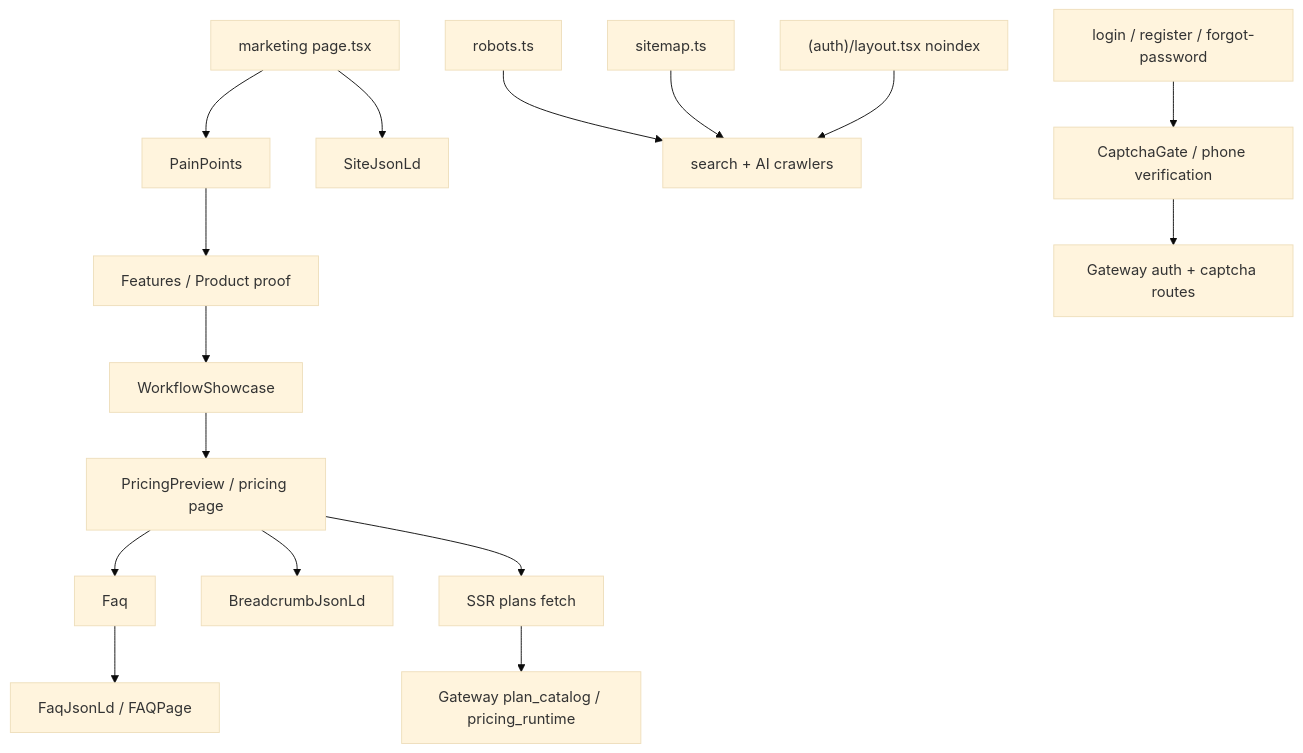
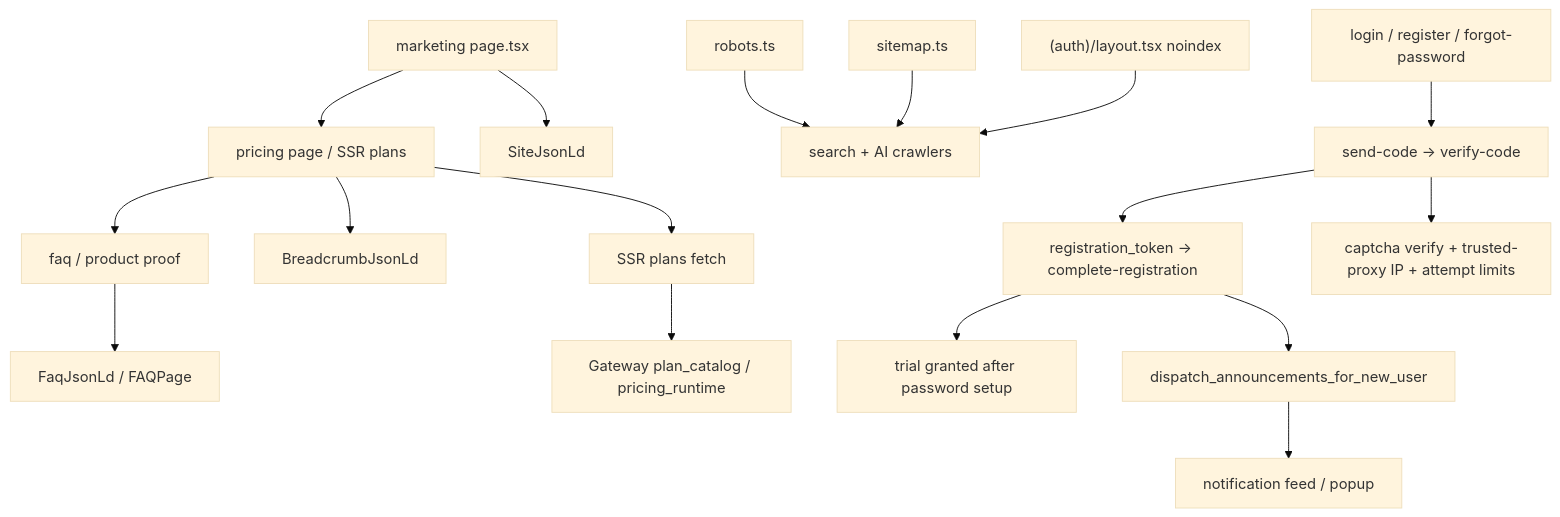
Before and after one commit to sun9bear/AITransVideo: the diagram in docs/graphs/GITNEXUS_COMMERCIALIZATION_GRAPH.md, drawn with Mermaid (base theme). The commit also changed other lines of this file and 9 other files, not shown here.

Commit message:
docs(graphs): refresh GitNexus graphs to 78eea96

````diff
--- a/docs/graphs/GITNEXUS_COMMERCIALIZATION_GRAPH.md
+++ b/docs/graphs/GITNEXUS_COMMERCIALIZATION_GRAPH.md
@@ -16,21 +17,22 @@
 ```mermaid
 graph TD
-    Home["marketing page.tsx"] --> Pain["PainPoints"]
-    Pain --> Features["Features / Product proof"]
-    Features --> Workflow["WorkflowShowcase"]
-    Workflow --> Pricing["PricingPreview / pricing page"]
-    Pricing --> FAQ["Faq"]
-
+    Home["marketing page.tsx"] --> Pricing["pricing page / SSR plans"]
+    Pricing --> FAQ["faq / product proof"]
     FAQ --> FaqLd["FaqJsonLd / FAQPage"]
     Home --> SiteLd["SiteJsonLd"]
     Pricing --> Breadcrumb["BreadcrumbJsonLd"]
+
     Robots["robots.ts"] --> Crawlers["search + AI crawlers"]
     Sitemap["sitemap.ts"] --> Crawlers
     AuthNoindex["(auth)/layout.tsx noindex"] --> Crawlers
 
     Pricing --> PlansSSR["SSR plans fetch"]
     PlansSSR --> GatewayPlans["Gateway plan_catalog / pricing_runtime"]
 
-    AuthPages["login / register / forgot-password"] --> Captcha["CaptchaGate / phone verification"]
-    Captcha --> GatewayAuth["Gateway auth + captcha routes"]
+    AuthPages["login / register / forgot-password"] --> PhoneFlow["send-code -> verify-code"]
+    PhoneFlow --> RegisterFlow["registration_token -> complete-registration"]
+    RegisterFlow --> TrialGrant["trial granted after password setup"]
+    PhoneFlow --> Risk["captcha verify + trusted-proxy IP + attempt limits"]
+    RegisterFlow --> NewUserAnn["dispatch_announcements_for_new_user"]
+    NewUserAnn --> UserNotif["notification feed / popup"]
 ```
````
